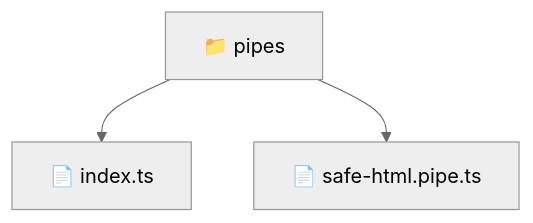
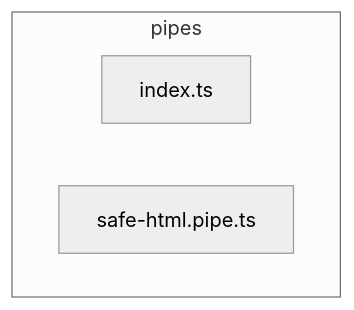
One commit to beginwebdev2002/fullstack-mavluda changed the diagram in frontend/src/shared/pipes/README.md. Above: the diagram before and after it, drawn with Mermaid (neutral theme). The commit also changed other lines of this file and 163 other files, not shown here.

````diff
--- a/frontend/src/shared/pipes/README.md
+++ b/frontend/src/shared/pipes/README.md
@@ -11,6 +15,7 @@
 ```mermaid
 graph TD
-  Root["📁 pipes"]
-  Root --> index_ts["📄 index.ts"]
-  Root --> safe_html_pipe_ts["📄 safe-html.pipe.ts"]
+  subgraph pipes
+    index_ts["index.ts"]
+    safe_html_pipe_ts["safe-html.pipe.ts"]
+  end
 ```
````
